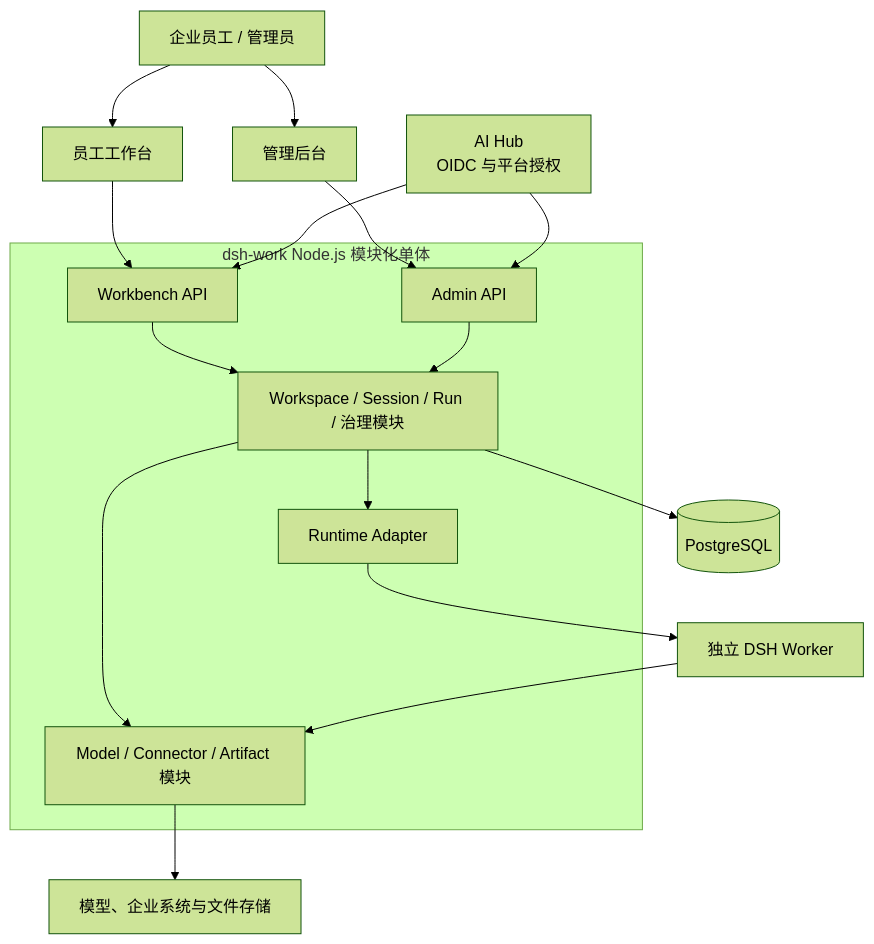
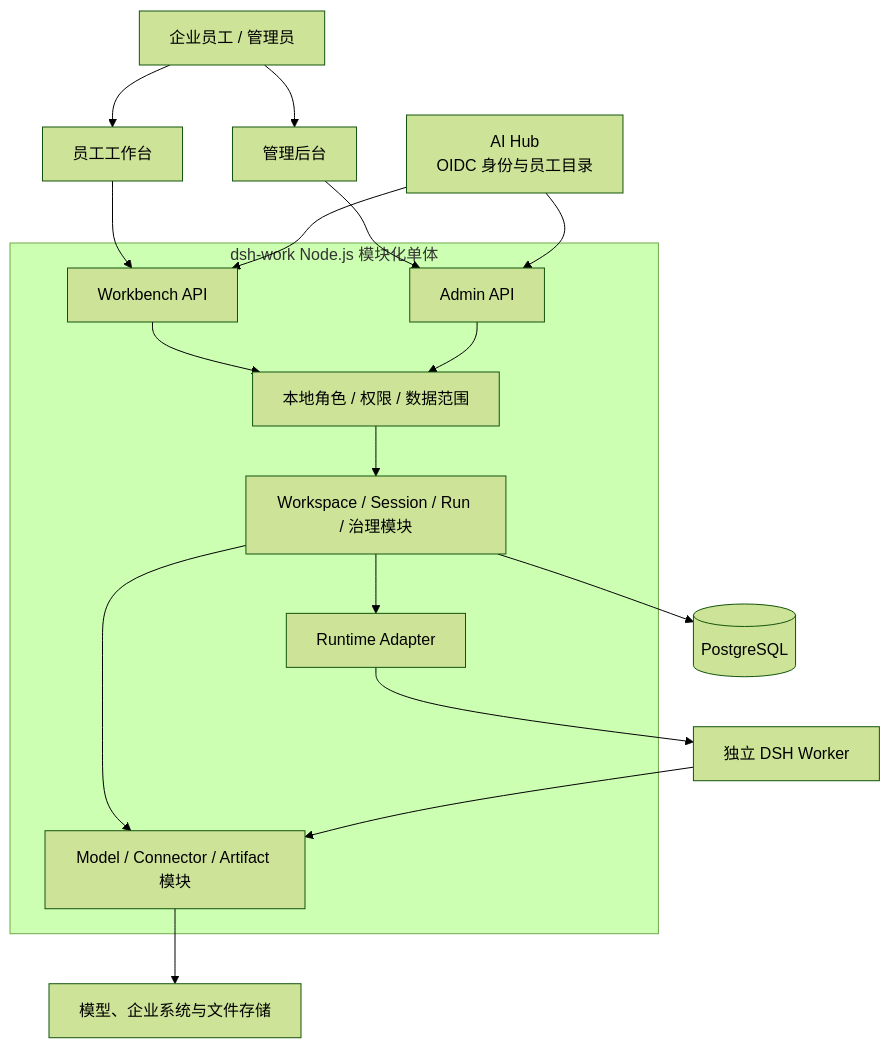
Before and after one commit to tonycc/dsh-work: the diagram in README.md, drawn with Mermaid (forest theme). The commit also changed other lines of this file and 52 other files, not shown here.

````diff
--- a/README.md
+++ b/README.md
@@ -46,21 +46,22 @@
 ```mermaid
 flowchart TB
   User[企业员工 / 管理员] --> WB[员工工作台]
   User --> Admin[管理后台]
   WB --> API[Workbench API]
   Admin --> AdminAPI[Admin API]
-  AIHub[AI Hub<br/>OIDC 与平台授权] --> API
+  AIHub[AI Hub<br/>OIDC 身份与员工目录] --> API
   AIHub --> AdminAPI
 
   subgraph App[dsh-work Node.js 模块化单体]
-    API --> Domain[Workspace / Session / Run / 治理模块]
-    AdminAPI --> Domain
+    API --> Authz[本地角色 / 权限 / 数据范围]
+    AdminAPI --> Authz
+    Authz --> Domain[Workspace / Session / Run / 治理模块]
     Domain --> Adapter[Runtime Adapter]
     Domain --> Gateways[Model / Connector / Artifact 模块]
   end
 
   Domain --> PG[(PostgreSQL)]
   Adapter --> Worker[独立 DSH Worker]
   Worker --> Gateways
   Gateways --> Enterprise[模型、企业系统与文件存储]
 ```
````
